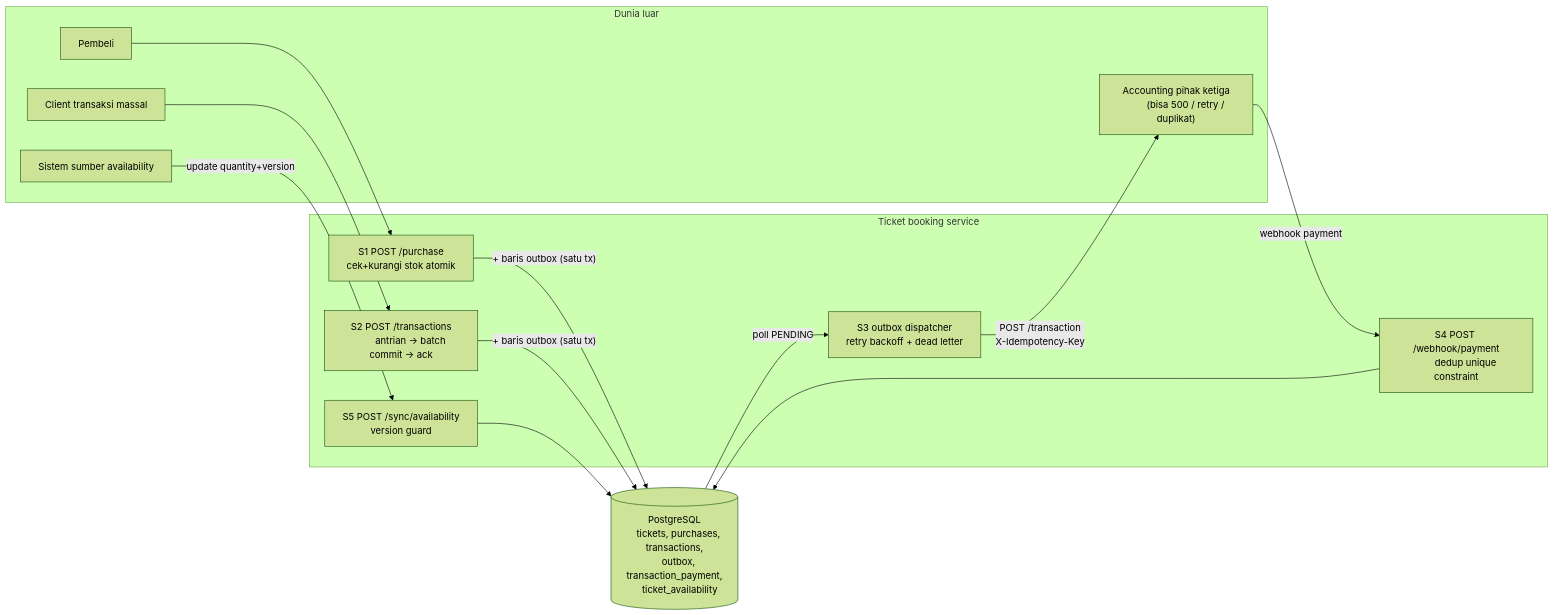
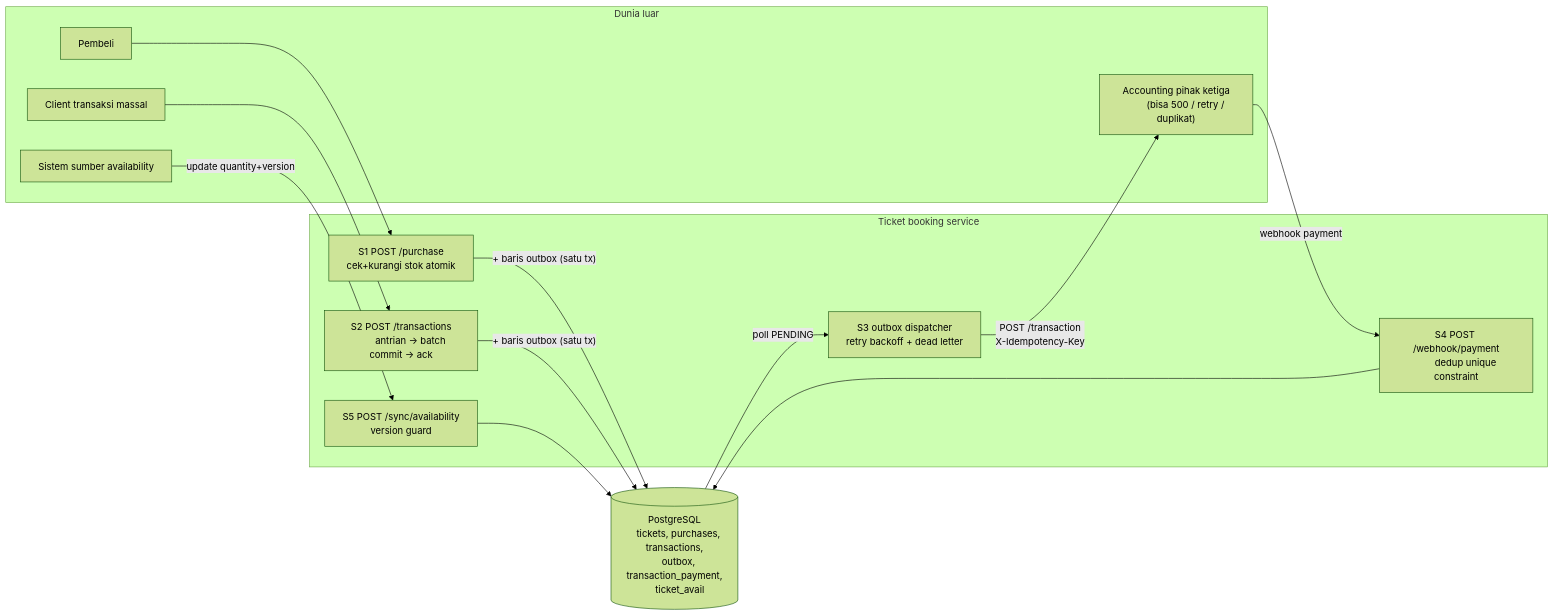
One commit to iamrpean/ticket-booking-assessment changed the sixth of 6 diagrams in README.md. Above: the diagram before and after it, drawn with Mermaid (forest theme). The commit also changed other lines of this file, not shown here.

````diff
--- a/README.md
+++ b/README.md
@@ -223,40 +280,40 @@
 ```mermaid
 flowchart LR
     subgraph Luar["Dunia luar"]
         B[Pembeli]
         T[Client transaksi massal]
         A["Accounting pihak ketiga
         (bisa 500 / retry / duplikat)"]
         S[Sistem sumber availability]
     end
 
     subgraph App["Ticket booking service"]
         P["S1 POST /purchase
         cek+kurangi stok atomik"]
         I["S2 POST /transactions
         antrian -> batch commit -> ack"]
         D["S3 outbox dispatcher
         retry backoff + dead letter"]
         W["S4 POST /webhook/payment
         dedup unique constraint"]
         V["S5 POST /sync/availability
         version guard"]
     end
 
     DB[("PostgreSQL
     tickets, purchases, transactions,
     outbox, transaction_payment,
-    ticket_availability")]
+    ticket_avail")]
 
     B --> P
     T --> I
     P -->|"+ baris outbox (satu tx)"| DB
     I -->|"+ baris outbox (satu tx)"| DB
     DB -->|poll PENDING| D
     D -->|"POST /transaction
     X-Idempotency-Key"| A
     A -->|webhook payment| W
     W --> DB
     S -->|update quantity+version| V
     V --> DB
 ```
````
